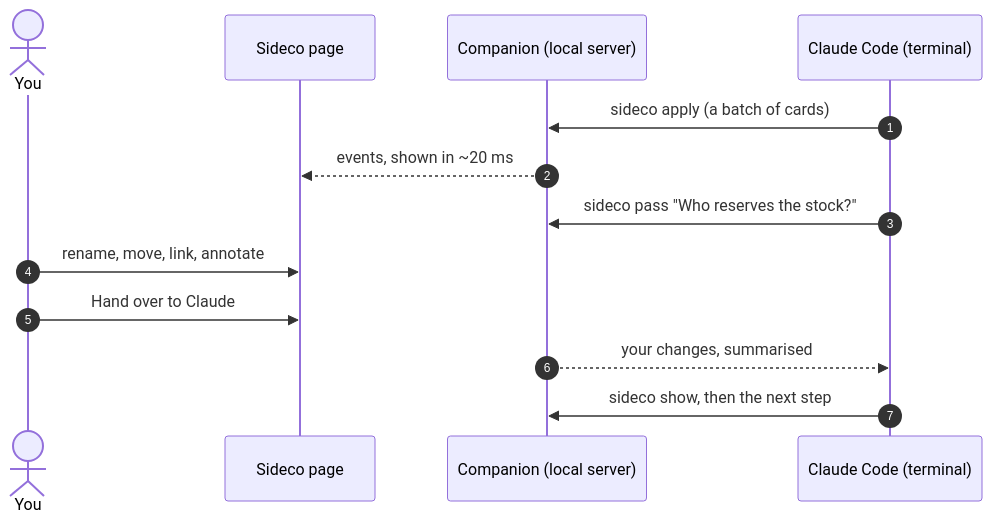
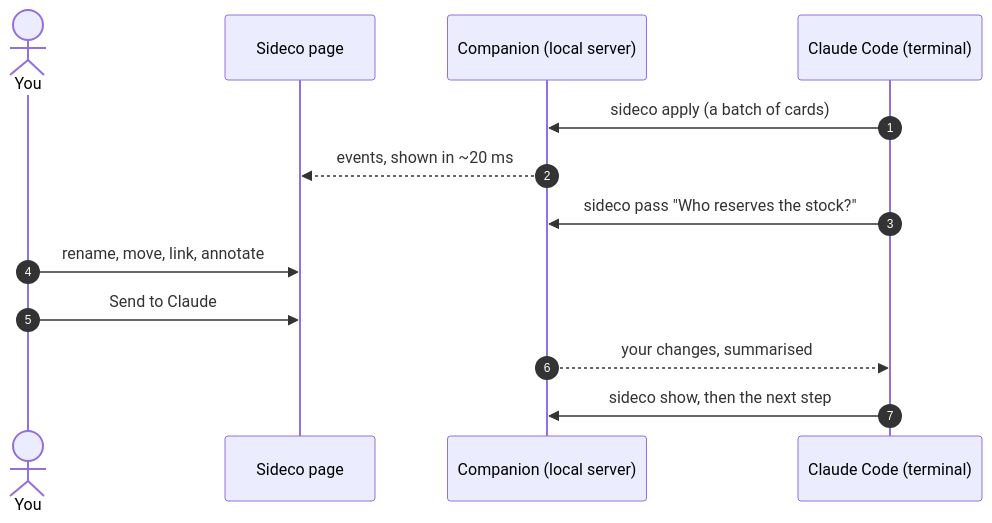
One commit to bastien-gallay/sideco changed the diagram in README.md. Above: the diagram before and after it, drawn with Mermaid. The commit also changed 10 other files, not shown here.

First line of the commit message:
Say less and say it plainly: Send to Claude, Your turn, a one-row footer, a palette without its how-to paragraph

````diff
--- a/README.md
+++ b/README.md
@@ -33,16 +33,16 @@
 ```mermaid
 sequenceDiagram
     autonumber
     actor You
     participant Page as Sideco page
     participant Sideco as Companion (local server)
     participant Claude as Claude Code (terminal)
 
     Claude->>Sideco: sideco apply (a batch of cards)
     Sideco-->>Page: events, shown in ~20 ms
     Claude->>Sideco: sideco pass "Who reserves the stock?"
     You->>Page: rename, move, link, annotate
-    You->>Page: Hand over to Claude
+    You->>Page: Send to Claude
     Sideco-->>Claude: your changes, summarised
     Claude->>Sideco: sideco show, then the next step
 ```
````
